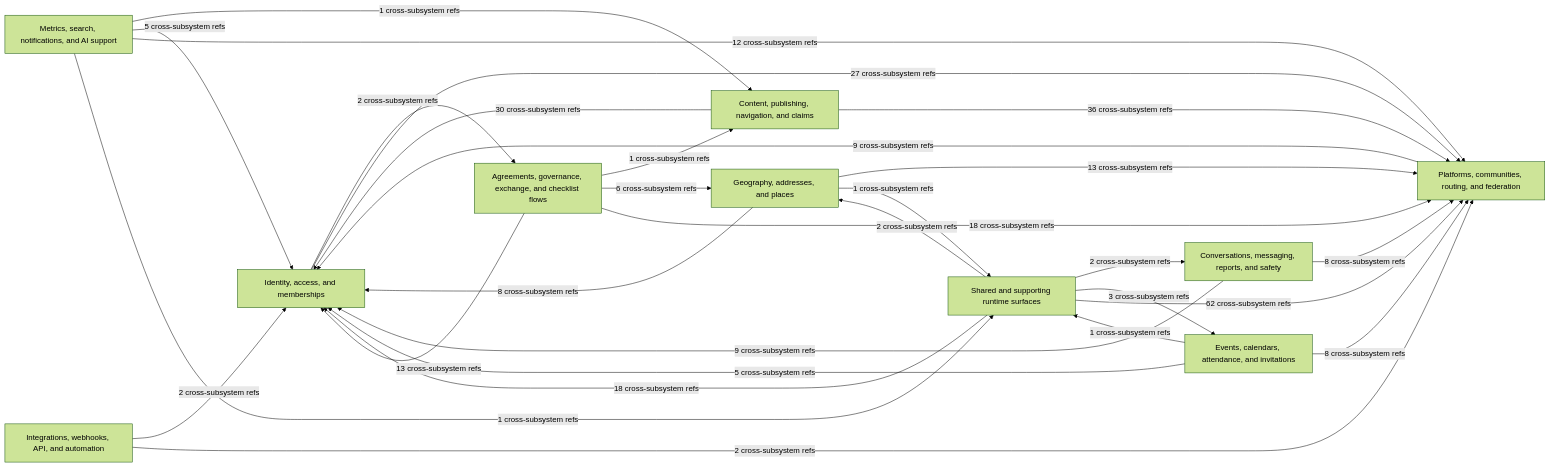
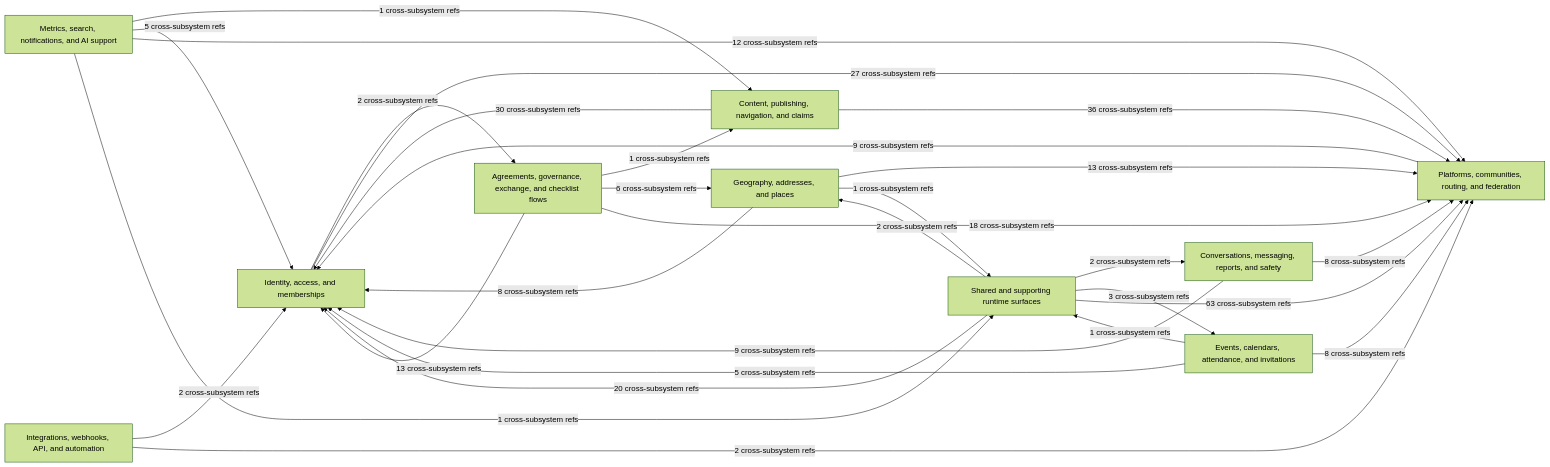
Before and after one commit to better-together-org/community-engine-rails: the diagram in docs/diagrams/source/ce_subsystem_interaction_map.mmd, drawn with Mermaid (forest theme). The commit also changed 164 other files, not shown here.

```diff
--- a/docs/diagrams/source/ce_subsystem_interaction_map.mmd
+++ b/docs/diagrams/source/ce_subsystem_interaction_map.mmd
@@ -1,41 +1,41 @@
 %% Generated by scripts/export_subsystem_diagrams.rb
 flowchart LR
   identity_access["Identity, access, and memberships"]
   platform_network["Platforms, communities, routing, and federation"]
   content_publishing["Content, publishing, navigation, and claims"]
   geography_and_places["Geography, addresses, and places"]
   events_calendar["Events, calendars, attendance, and invitations"]
   conversations_safety["Conversations, messaging, reports, and safety"]
   exchange_governance["Agreements, governance, exchange, and checklist flows"]
   metrics_search_ai["Metrics, search, notifications, and AI support"]
   integrations_webhooks["Integrations, webhooks, API, and automation"]
   shared_supporting["Shared and supporting runtime surfaces"]
 
   content_publishing -->|30 cross-subsystem refs| identity_access
   content_publishing -->|36 cross-subsystem refs| platform_network
   conversations_safety -->|9 cross-subsystem refs| identity_access
   conversations_safety -->|8 cross-subsystem refs| platform_network
   events_calendar -->|5 cross-subsystem refs| identity_access
   events_calendar -->|8 cross-subsystem refs| platform_network
   events_calendar -->|1 cross-subsystem refs| shared_supporting
   exchange_governance -->|1 cross-subsystem refs| content_publishing
   exchange_governance -->|6 cross-subsystem refs| geography_and_places
   exchange_governance -->|13 cross-subsystem refs| identity_access
   exchange_governance -->|18 cross-subsystem refs| platform_network
   geography_and_places -->|8 cross-subsystem refs| identity_access
   geography_and_places -->|13 cross-subsystem refs| platform_network
   geography_and_places -->|1 cross-subsystem refs| shared_supporting
   identity_access -->|2 cross-subsystem refs| exchange_governance
   identity_access -->|27 cross-subsystem refs| platform_network
   integrations_webhooks -->|2 cross-subsystem refs| identity_access
   integrations_webhooks -->|2 cross-subsystem refs| platform_network
   metrics_search_ai -->|1 cross-subsystem refs| content_publishing
   metrics_search_ai -->|5 cross-subsystem refs| identity_access
   metrics_search_ai -->|12 cross-subsystem refs| platform_network
   metrics_search_ai -->|1 cross-subsystem refs| shared_supporting
   platform_network -->|9 cross-subsystem refs| identity_access
   shared_supporting -->|2 cross-subsystem refs| conversations_safety
   shared_supporting -->|3 cross-subsystem refs| events_calendar
   shared_supporting -->|2 cross-subsystem refs| geography_and_places
-  shared_supporting -->|18 cross-subsystem refs| identity_access
-  shared_supporting -->|62 cross-subsystem refs| platform_network
+  shared_supporting -->|20 cross-subsystem refs| identity_access
+  shared_supporting -->|63 cross-subsystem refs| platform_network
```
